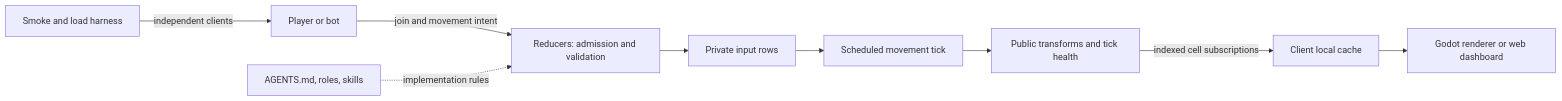
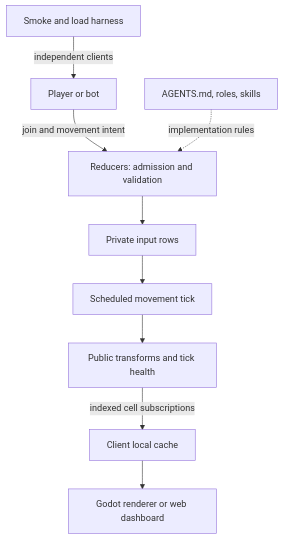
One commit to DatMoshu/moshus-mmo-agent-kit changed the diagram in README.md. Above: the diagram before and after it, drawn with Mermaid. The commit also changed other lines of this file and 2 other files, not shown here.

Commit message:
Record Windows and Dell clone results with measured latency limits

````diff
--- a/README.md
+++ b/README.md
@@ -9,11 +9,11 @@
 ```mermaid
-flowchart LR
+flowchart TB
     A[Player or bot] -->|join and movement intent| R[Reducers: admission and validation]
     R --> I[Private input rows]
     I --> T[Scheduled movement tick]
     T --> H[Public transforms and tick health]
     H -->|indexed cell subscriptions| C[Client local cache]
     C --> V[Godot renderer or web dashboard]
     G[AGENTS.md, roles, skills] -.->|implementation rules| R
     Q[Smoke and load harness] -->|independent clients| A
 ```
````
